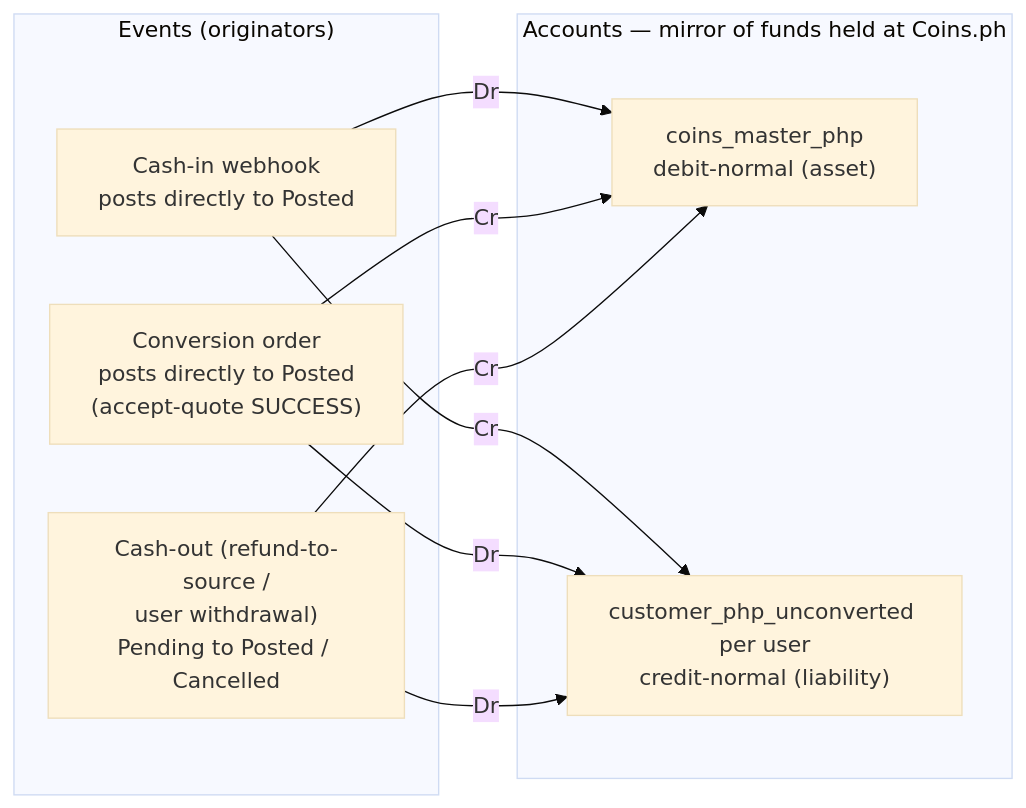
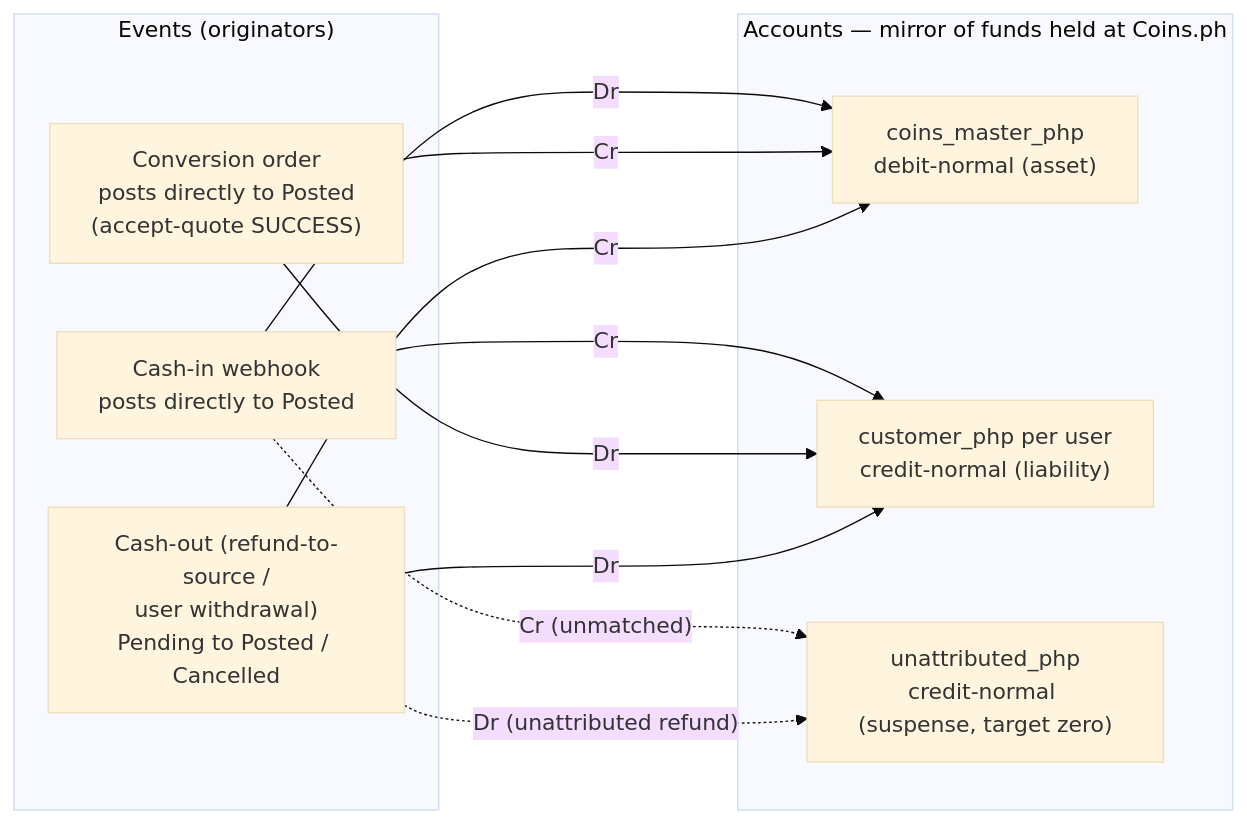
Before and after one commit to STAbraham/stablecoin-project: the first of 3 diagrams in tracks/c-usdc-vasp-privy/research/php-ledger-design.md, drawn with Mermaid (base theme). The commit also changed other lines of this file and 3 other files, not shown here.

Commit message:
Ledger: unattributed_php suspense account (unmatched deposits post instead of silently breaking I3; aging-monitored, refund or reattribute to zero); customer_php_unconverted renamed customer_php

````diff
--- a/tracks/c-usdc-vasp-privy/research/php-ledger-design.md
+++ b/tracks/c-usdc-vasp-privy/research/php-ledger-design.md
@@ -24,18 +25,21 @@
 ```mermaid
 flowchart LR
   subgraph EVENTS["Events (originators)"]
     CI["Cash-in webhook<br/>posts directly to Posted"]
     CV["Conversion order<br/>posts directly to Posted<br/>(accept-quote SUCCESS)"]
     RF["Cash-out (refund-to-source /<br/>user withdrawal)<br/>Pending to Posted / Cancelled"]
   end
   subgraph ACCOUNTS["Accounts — mirror of funds held at Coins.ph"]
     MA["coins_master_php<br/>debit-normal (asset)"]
-    UP["customer_php_unconverted per user<br/>credit-normal (liability)"]
+    UP["customer_php per user<br/>credit-normal (liability)"]
+    UA["unattributed_php<br/>credit-normal (suspense, target zero)"]
   end
   CI -->|"Dr"| MA
   CI -->|"Cr"| UP
+  CI -.->|"Cr (unmatched)"| UA
   CV -->|"Dr"| UP
   CV -->|"Cr"| MA
   RF -->|"Dr"| UP
+  RF -.->|"Dr (unattributed refund)"| UA
   RF -->|"Cr"| MA
 ```
````
